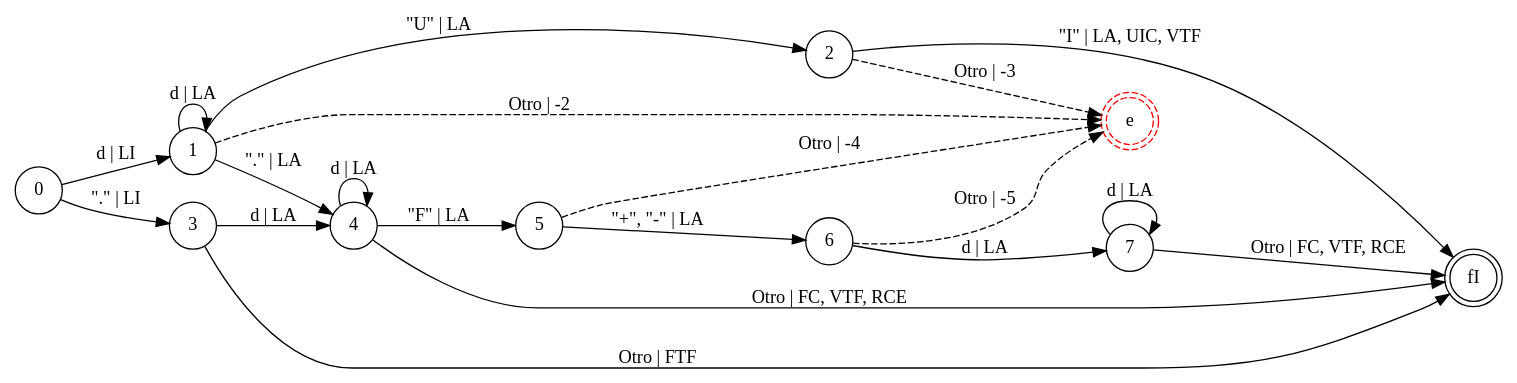
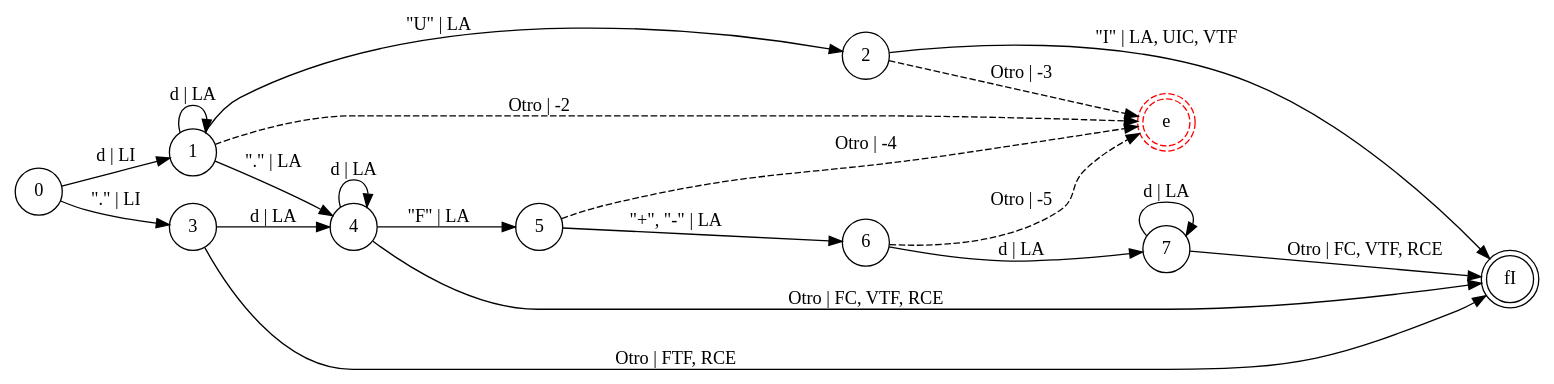
Before and after one commit to iroumec/RouVel-Compiler: the diagram in resources/diagrams/finite-automatoms/individual-units/numbers.dot, drawn with Graphviz. The commit also changed 2 other files, not shown here.

Commit message:
Fixed a minor error in the diagram

```diff
--- a/resources/diagrams/finite-automatoms/individual-units/numbers.dot
+++ b/resources/diagrams/finite-automatoms/individual-units/numbers.dot
@@ -1,26 +1,26 @@
 digraph DFA {
     rankdir = LR;
     node [shape = circle;];
     fI [shape = doublecircle;];
     eN [shape = doublecircle;style = dashed;color = red;label = "e";];
     
     0 -> 1 [label = "d | LI";];
     0 -> 3 [label = "\".\" | LI";];
     1 -> 1 [label = "d | LA";];
     1 -> 2 [label = "\"U\" | LA";];
     1 -> 4 [label = "\".\" | LA";];
     1 -> eN [label = "Otro | -2"; style = dashed;];
     2 -> eN [label = "Otro | -3"; style = dashed;];
     2 -> fI [label = "\"I\" | LA, UIC, VTF";];
     3 -> 4 [label = "d | LA";];
-    3 -> fI [label = "Otro | FTF";];
+    3 -> fI [label = "Otro | FTF, RCE";];
     4 -> 4 [label = "d | LA";];
     4 -> fI [label = "Otro | FC, VTF, RCE";];
     4 -> 5 [label = "\"F\" | LA";];
     5 -> 6 [label = "\"+\", \"-\" | LA";];
     5 -> eN [label = "Otro | -4"; style = dashed;];
     6 -> 7 [label = "d | LA";];
     6 -> eN [label = "Otro | -5"; style = dashed;];
     7 -> 7 [label = "d | LA";];
     7 -> fI [label = "Otro | FC, VTF, RCE";];
 }
```
